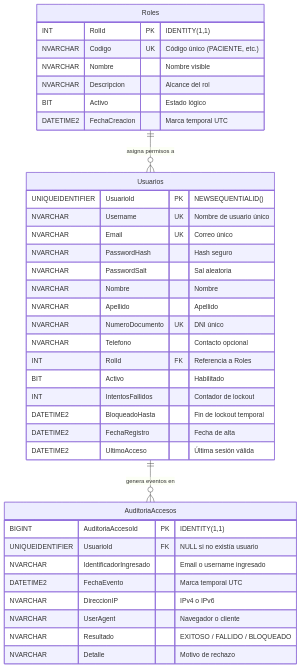
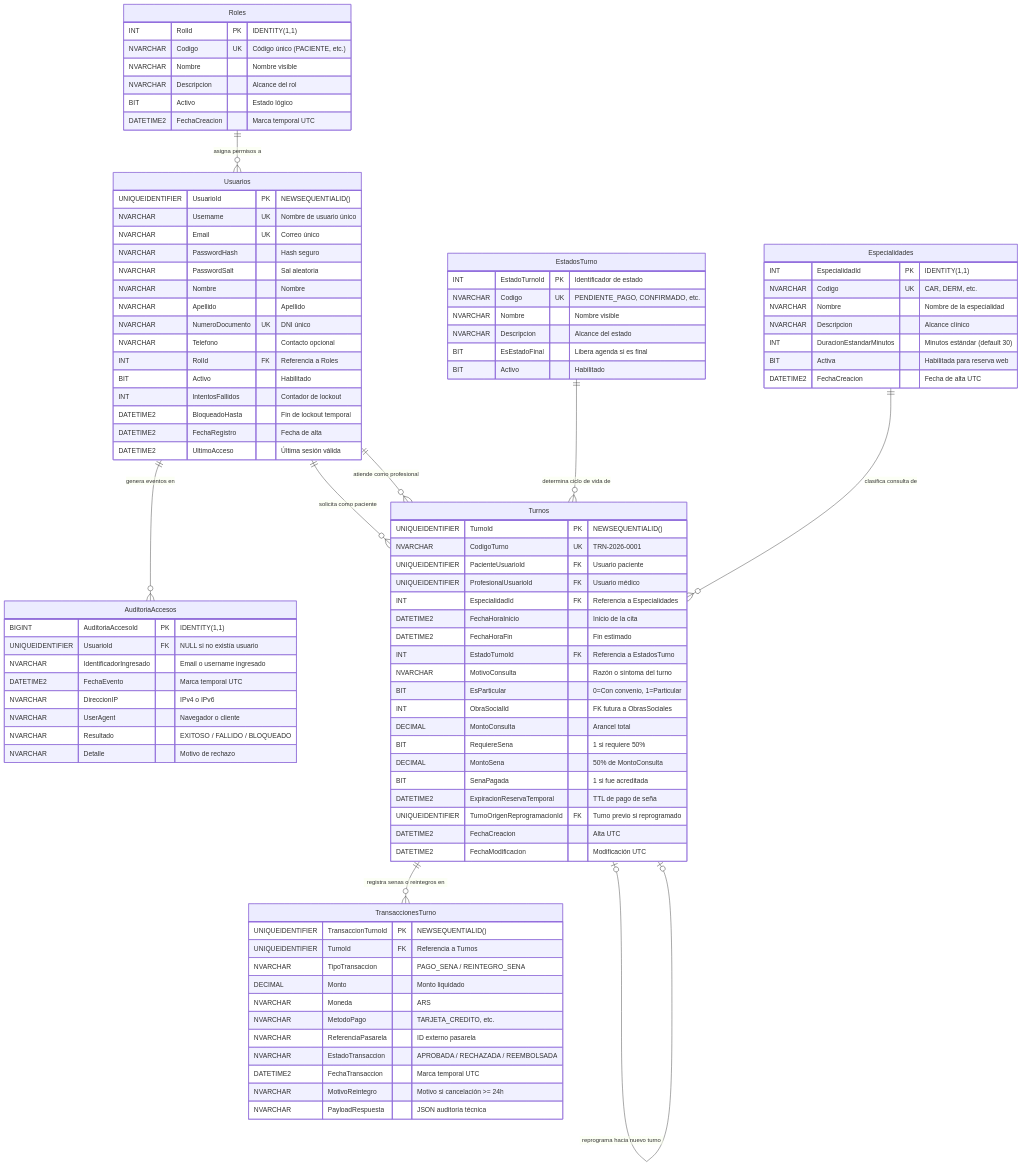
The diagram in especificacion/basededatos/diagrama_er.md (RodriguezJoaquin1406/medistack), drawn with Mermaid before and after one commit. The commit also changed other lines of this file and 17 other files, not shown here.

````diff
--- a/especificacion/basededatos/diagrama_er.md
+++ b/especificacion/basededatos/diagrama_er.md
@@ -7,6 +7,12 @@
 erDiagram
     Roles ||--o{ Usuarios : "asigna permisos a"
     Usuarios ||--o{ AuditoriaAccesos : "genera eventos en"
+    Usuarios ||--o{ Turnos : "solicita como paciente"
+    Usuarios ||--o{ Turnos : "atiende como profesional"
+    EstadosTurno ||--o{ Turnos : "determina ciclo de vida de"
+    Especialidades ||--o{ Turnos : "clasifica consulta de"
+    Turnos ||--o{ TransaccionesTurno : "registra senas o reintegros en"
+    Turnos |o--o| Turnos : "reprograma hacia nuevo turno"
 
     Roles {
         INT RolId PK "IDENTITY(1,1)"
@@ -45,4 +51,59 @@
         NVARCHAR Resultado "EXITOSO / FALLIDO / BLOQUEADO"
         NVARCHAR Detalle "Motivo de rechazo"
     }
+
+    EstadosTurno {
+        INT EstadoTurnoId PK "Identificador de estado"
+        NVARCHAR Codigo UK "PENDIENTE_PAGO, CONFIRMADO, etc."
+        NVARCHAR Nombre "Nombre visible"
+        NVARCHAR Descripcion "Alcance del estado"
+        BIT EsEstadoFinal "Libera agenda si es final"
+        BIT Activo "Habilitado"
+    }
+
+    Especialidades {
+        INT EspecialidadId PK "IDENTITY(1,1)"
+        NVARCHAR Codigo UK "CAR, DERM, etc."
+        NVARCHAR Nombre "Nombre de la especialidad"
+        NVARCHAR Descripcion "Alcance clínico"
+        INT DuracionEstandarMinutos "Minutos estándar (default 30)"
+        BIT Activa "Habilitada para reserva web"
+        DATETIME2 FechaCreacion "Fecha de alta UTC"
+    }
+
+    Turnos {
+        UNIQUEIDENTIFIER TurnoId PK "NEWSEQUENTIALID()"
+        NVARCHAR CodigoTurno UK "TRN-2026-0001"
+        UNIQUEIDENTIFIER PacienteUsuarioId FK "Usuario paciente"
+        UNIQUEIDENTIFIER ProfesionalUsuarioId FK "Usuario médico"
+        INT EspecialidadId FK "Referencia a Especialidades"
+        DATETIME2 FechaHoraInicio "Inicio de la cita"
+        DATETIME2 FechaHoraFin "Fin estimado"
+        INT EstadoTurnoId FK "Referencia a EstadosTurno"
+        NVARCHAR MotivoConsulta "Razón o síntoma del turno"
+        BIT EsParticular "0=Con convenio, 1=Particular"
+        INT ObraSocialId "FK futura a ObrasSociales"
+        DECIMAL MontoConsulta "Arancel total"
+        BIT RequiereSena "1 si requiere 50%"
+        DECIMAL MontoSena "50% de MontoConsulta"
+        BIT SenaPagada "1 si fue acreditada"
+        DATETIME2 ExpiracionReservaTemporal "TTL de pago de seña"
+        UNIQUEIDENTIFIER TurnoOrigenReprogramacionId FK "Turno previo si reprogramado"
+        DATETIME2 FechaCreacion "Alta UTC"
+        DATETIME2 FechaModificacion "Modificación UTC"
+    }
+
+    TransaccionesTurno {
+        UNIQUEIDENTIFIER TransaccionTurnoId PK "NEWSEQUENTIALID()"
+        UNIQUEIDENTIFIER TurnoId FK "Referencia a Turnos"
+        NVARCHAR TipoTransaccion "PAGO_SENA / REINTEGRO_SENA"
+        DECIMAL Monto "Monto liquidado"
+        NVARCHAR Moneda "ARS"
+        NVARCHAR MetodoPago "TARJETA_CREDITO, etc."
+        NVARCHAR ReferenciaPasarela "ID externo pasarela"
+        NVARCHAR EstadoTransaccion "APROBADA / RECHAZADA / REEMBOLSADA"
+        DATETIME2 FechaTransaccion "Marca temporal UTC"
+        NVARCHAR MotivoReintegro "Motivo si cancelación >= 24h"
+        NVARCHAR PayloadRespuesta "JSON auditoría técnica"
+    }
 ```
````
